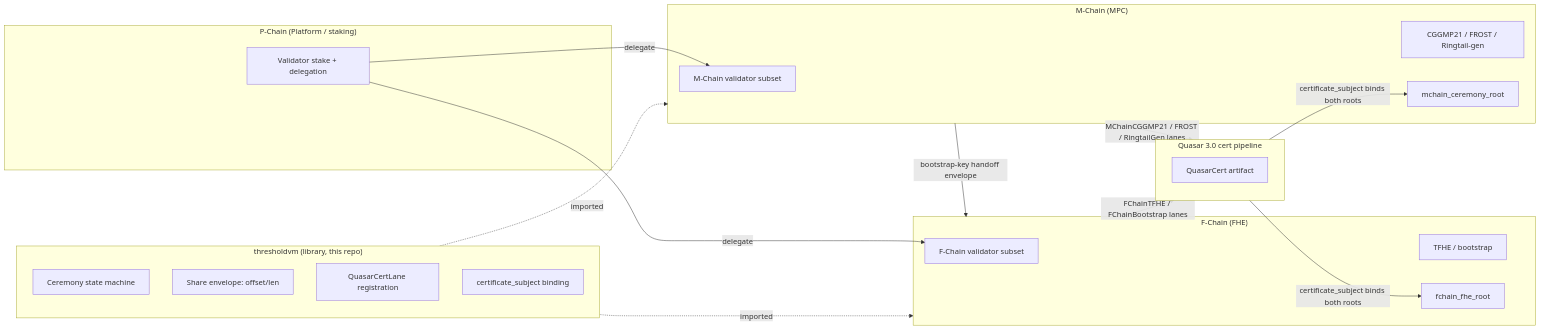
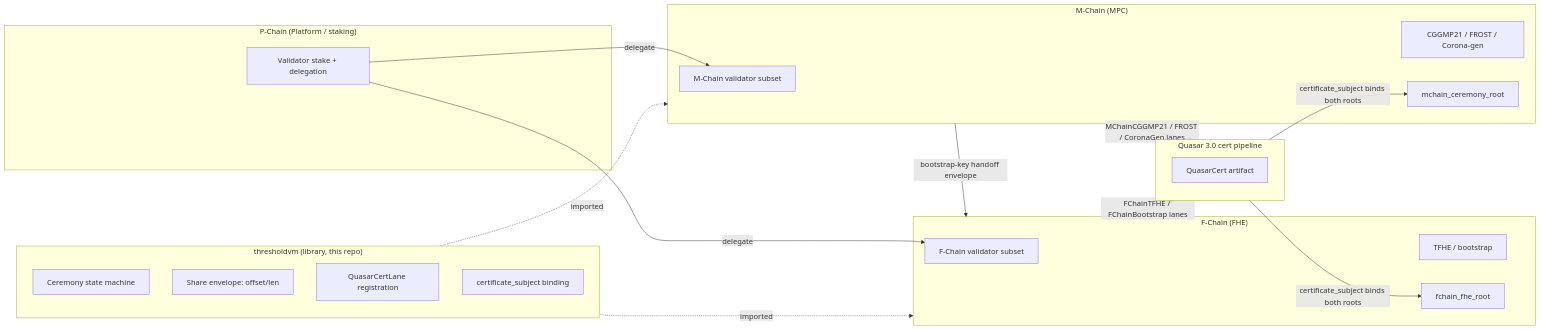
Before and after one commit to luxfi/chains: the diagram in thresholdvm/DESIGN.md, drawn with Mermaid. The commit also changed other lines of this file and 6 other files, not shown here.

Commit message:
scrub Liquidity branding + ringtail→corona (OSS brand hygiene)

````diff
--- a/thresholdvm/DESIGN.md
+++ b/thresholdvm/DESIGN.md
@@ -8,42 +8,42 @@
 ```mermaid
 flowchart LR
   subgraph PChain["P-Chain (Platform / staking)"]
     Stake[Validator stake + delegation]
   end
 
   subgraph Substrate["thresholdvm (library, this repo)"]
     SM[Ceremony state machine]
     Share[Share envelope: offset/len]
     Lane[QuasarCertLane registration]
     Subject[certificate_subject binding]
   end
 
   subgraph MChain["M-Chain (MPC)"]
     MV[M-Chain validator subset]
-    MProto[CGGMP21 / FROST / Ringtail-gen]
+    MProto[CGGMP21 / FROST / Corona-gen]
     MRoot[mchain_ceremony_root]
   end
 
   subgraph FChain["F-Chain (FHE)"]
     FV[F-Chain validator subset]
     FProto[TFHE / bootstrap]
     FRoot[fchain_fhe_root]
   end
 
   subgraph Quasar["Quasar 3.0 cert pipeline"]
     Cert[QuasarCert artifact]
   end
 
   Stake -->|delegate| MV
   Stake -->|delegate| FV
 
   Substrate -.imported.-> MChain
   Substrate -.imported.-> FChain
 
-  MChain -->|MChainCGGMP21 / FROST / RingtailGen lanes| Quasar
+  MChain -->|MChainCGGMP21 / FROST / CoronaGen lanes| Quasar
   FChain -->|FChainTFHE / FChainBootstrap lanes| Quasar
 
   MChain -->|bootstrap-key handoff envelope| FChain
   Quasar -->|certificate_subject binds both roots| MRoot
   Quasar -->|certificate_subject binds both roots| FRoot
 ```
````
